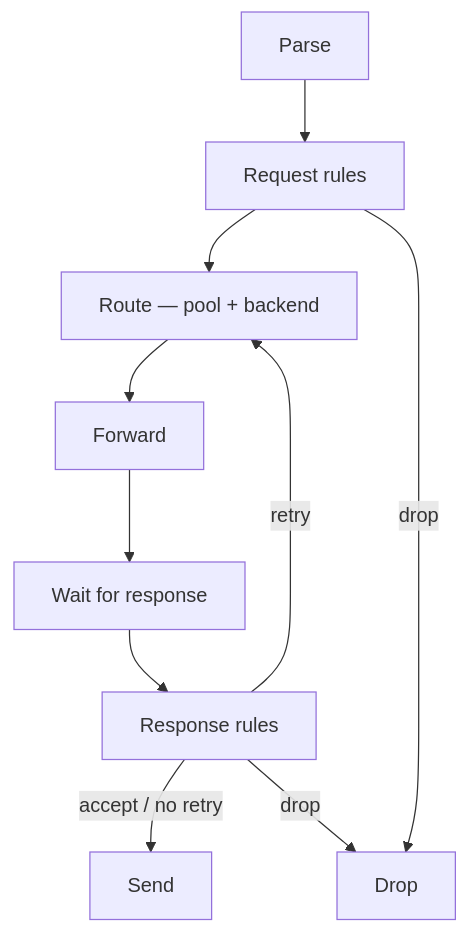
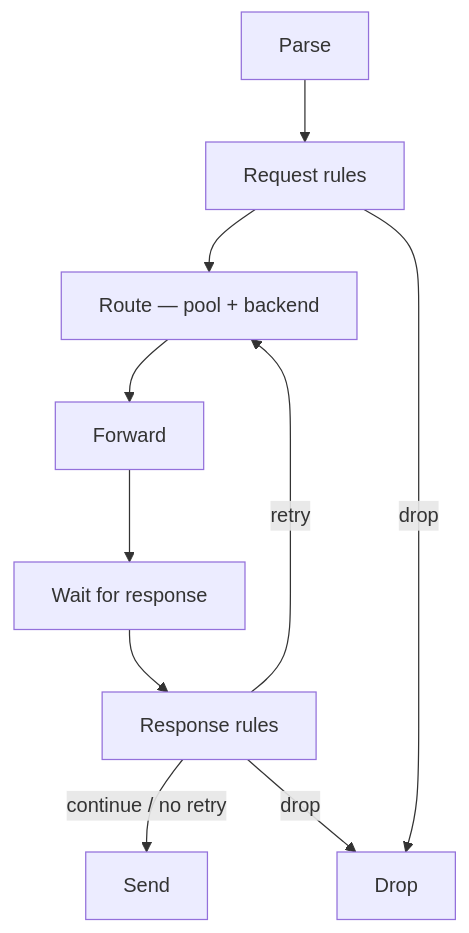
The diagram in operator-docs/docs/policy-routing/index.md (egon1024/DNSConduit), drawn with Mermaid before and after one commit. The commit also changed other lines of this file and 3 other files, not shown here.

````diff
--- a/operator-docs/docs/policy-routing/index.md
+++ b/operator-docs/docs/policy-routing/index.md
@@ -19,12 +19,12 @@
 ```mermaid
 flowchart TD
   Parse[Parse] --> Req[Request rules]
   Req --> Route[Route — pool + backend]
   Route --> Fwd[Forward]
   Fwd --> Wait[Wait for response]
   Wait --> Res[Response rules]
-  Res -->|accept / no retry| Send[Send]
+  Res -->|continue / no retry| Send[Send]
   Res -->|retry| Route
   Req -->|drop| Drop[Drop]
   Res -->|drop| Drop
 ```
````
